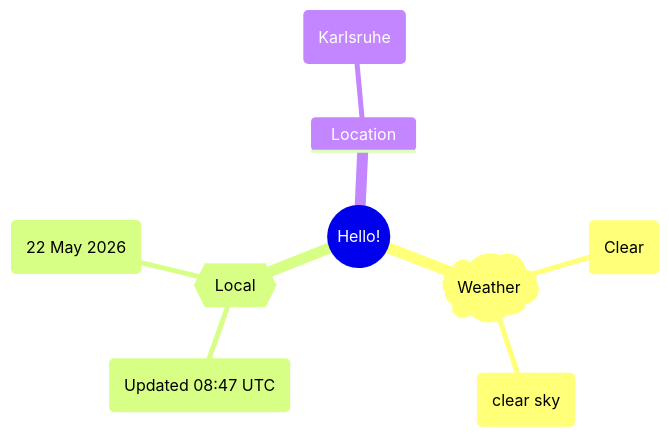
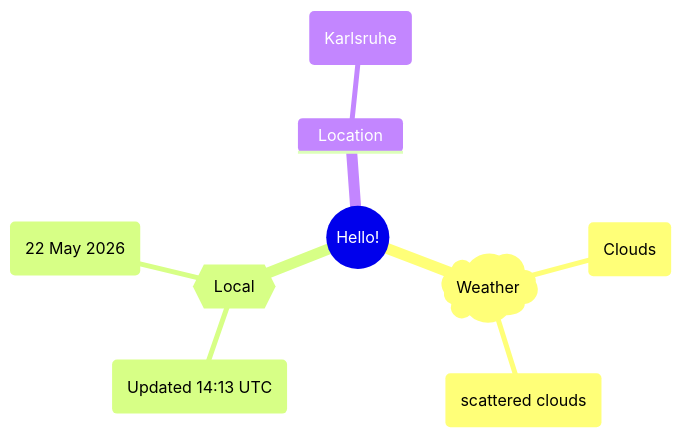
One commit to Xosrov/Xosrov changed the first of 2 diagrams in README.md. Above: the diagram before and after it, drawn with Mermaid.

Commit message:
[bot] updated images

````diff
--- a/README.md
+++ b/README.md
@@ -3,12 +3,12 @@
 ```mermaid
 mindmap
   root((Hello!))
     )Weather(
-        (Clear)
-        (clear sky)
+        (Clouds)
+        (scattered clouds)
     {{Local}}
-        (Updated 08:47 UTC)
+        (Updated 14:13 UTC)
         (22 May 2026)
     Location
         (Karlsruhe)
 ```
````
